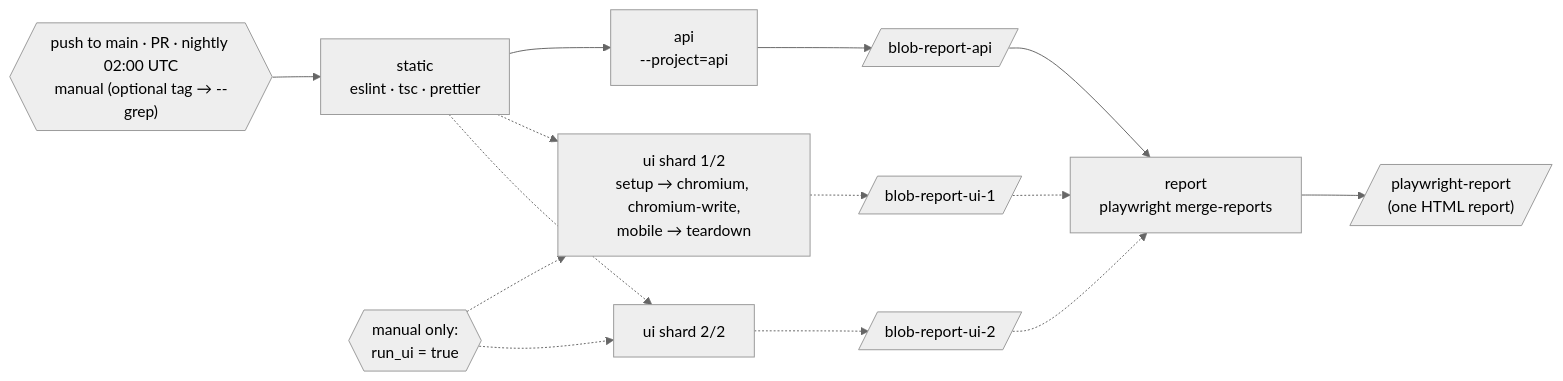
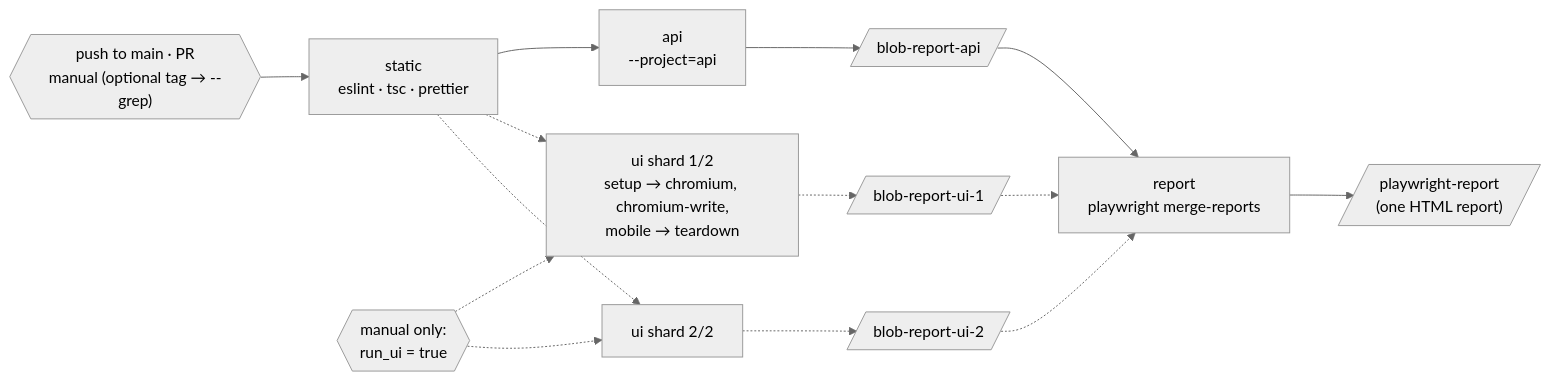
The fourth of 4 diagrams in README.md (fathirwafda/playwright-api-ui-framework), drawn with Mermaid (neutral theme) before and after one commit. The commit also changed other lines of this file and 1 other file, not shown here.

Commit message:
ci: remove the nightly schedule (push, PR and manual runs only)

````diff
--- a/README.md
+++ b/README.md
@@ -301,16 +301,16 @@
 ```mermaid
 flowchart LR
-    T{{"push to main · PR · nightly 02:00 UTC<br/>manual (optional tag → --grep)"}}
+    T{{"push to main · PR<br/>manual (optional tag → --grep)"}}
     T --> S["static<br/>eslint · tsc · prettier"]
     S --> A["api<br/>--project=api"]
     A --> BA[/"blob-report-api"/]
     BA --> M["report<br/>playwright merge-reports"]
     M --> H[/"playwright-report<br/>(one HTML report)"/]
 
     D{{"manual only:<br/>run_ui = true"}} -.-> U1["ui shard 1/2<br/>setup → chromium, chromium-write,<br/>mobile → teardown"]
     D -.-> U2["ui shard 2/2"]
     S -.-> U1
     S -.-> U2
     U1 -.-> B1[/"blob-report-ui-1"/] -.-> M
     U2 -.-> B2[/"blob-report-ui-2"/] -.-> M
 ```
````
